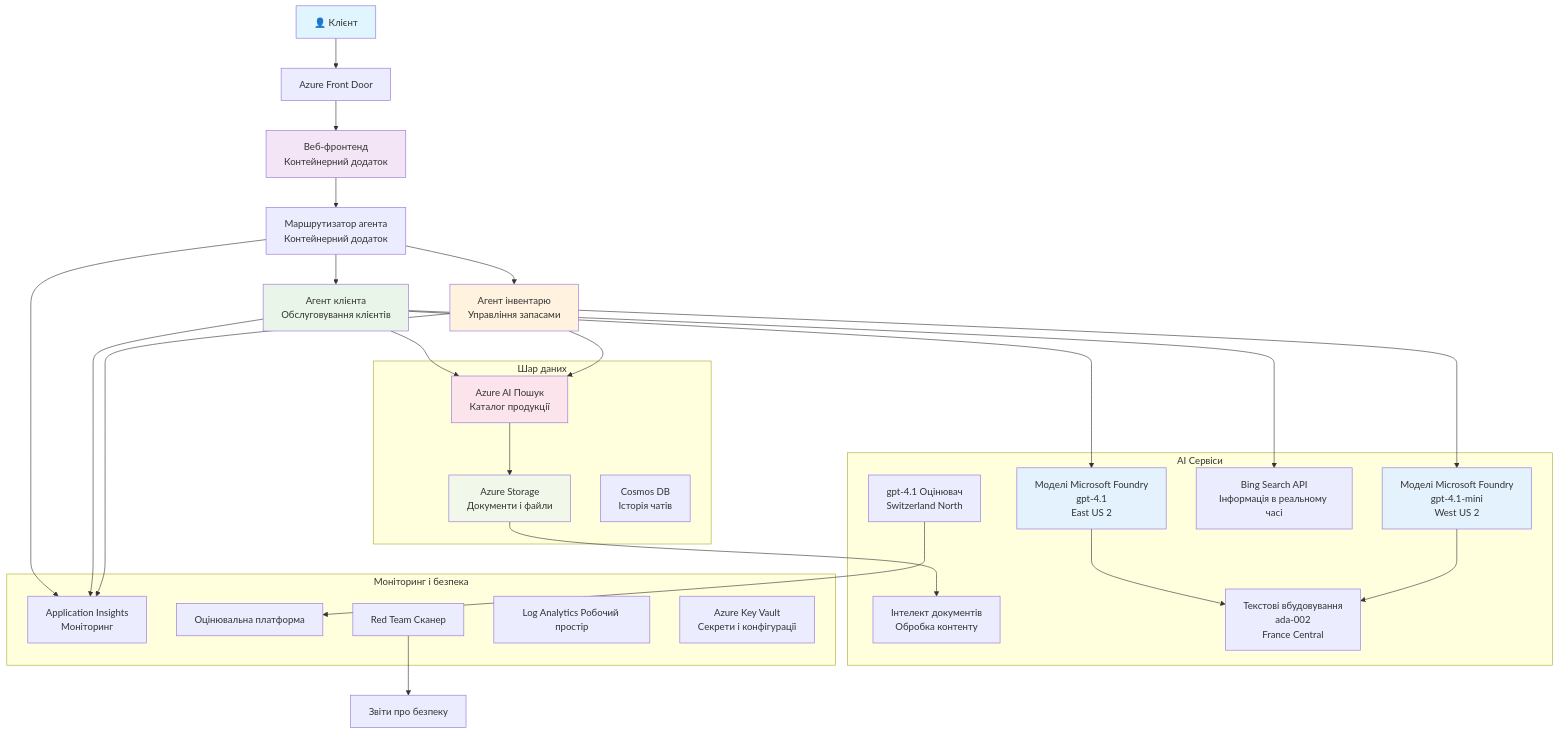
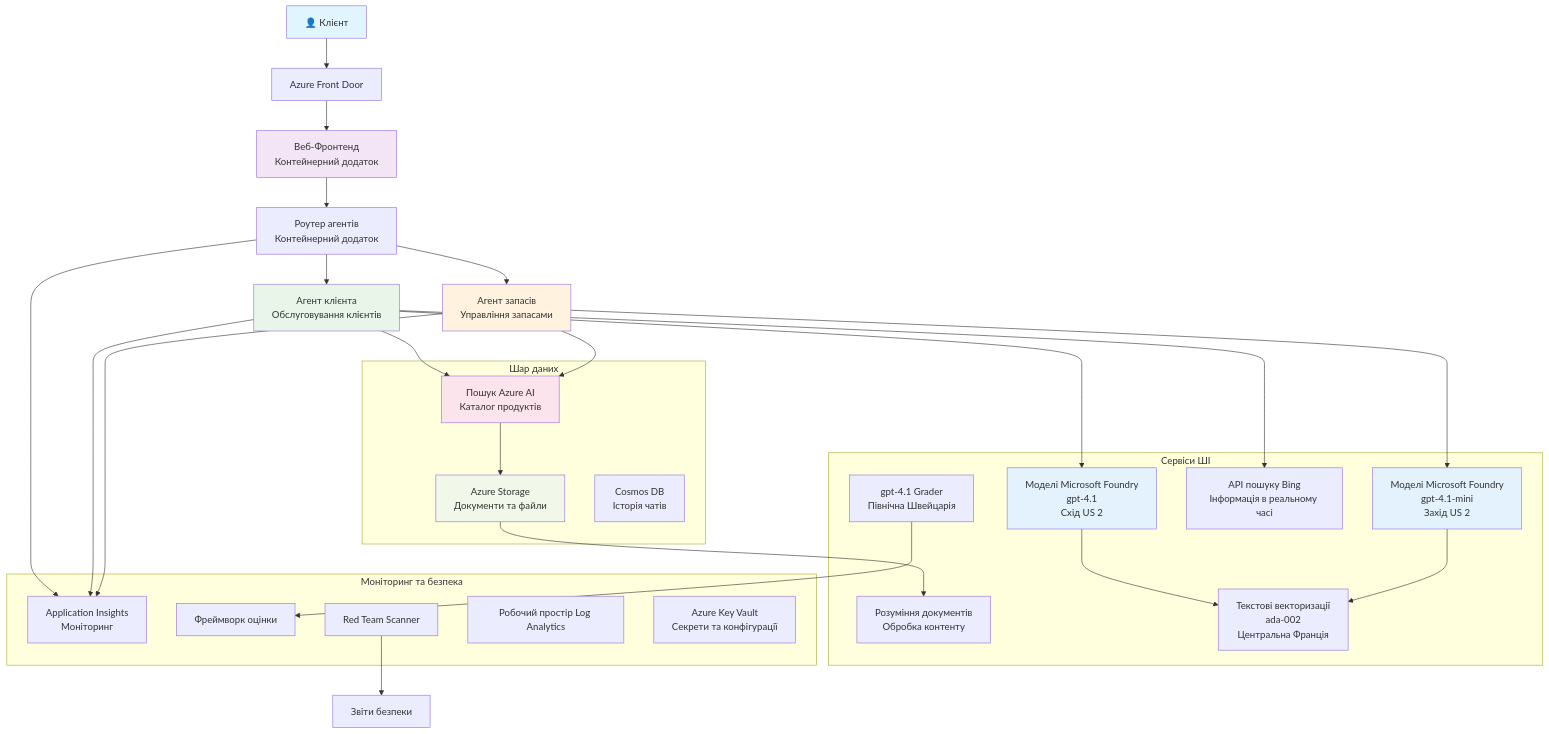
The diagram in translations/uk/examples/retail-scenario.md (microsoft/AZD-for-beginners), drawn with Mermaid before and after one commit. The commit also changed other lines of this file and 104 other files, not shown here.

````diff
--- a/translations/uk/examples/retail-scenario.md
+++ b/translations/uk/examples/retail-scenario.md
@@ -139,61 +139,61 @@
 ```mermaid
 graph TB
     User[👤 Клієнт] --> LB[Azure Front Door]
-    LB --> WebApp[Веб-фронтенд<br/>Контейнерний додаток]
+    LB --> WebApp[Веб-Фронтенд<br/>Контейнерний додаток]
     
-    WebApp --> Router[Маршрутизатор агента<br/>Контейнерний додаток]
+    WebApp --> Router[Роутер агентів<br/>Контейнерний додаток]
     Router --> CustomerAgent[Агент клієнта<br/>Обслуговування клієнтів]
-    Router --> InvAgent[Агент інвентарю<br/>Управління запасами]
+    Router --> InvAgent[Агент запасів<br/>Управління запасами]
     
-    CustomerAgent --> OpenAI1[Моделі Microsoft Foundry<br/>gpt-4.1<br/>East US 2]
-    InvAgent --> OpenAI2[Моделі Microsoft Foundry<br/>gpt-4.1-mini<br/>West US 2]
+    CustomerAgent --> OpenAI1[Моделі Microsoft Foundry<br/>gpt-4.1<br/>Схід US 2]
+    InvAgent --> OpenAI2[Моделі Microsoft Foundry<br/>gpt-4.1-mini<br/>Захід US 2]
     
-    CustomerAgent --> AISearch[Azure AI Пошук<br/>Каталог продукції]
-    CustomerAgent --> BingSearch[Bing Search API<br/>Інформація в реальному часі]
+    CustomerAgent --> AISearch[Пошук Azure AI<br/>Каталог продуктів]
+    CustomerAgent --> BingSearch[API пошуку Bing<br/>Інформація в реальному часі]
     InvAgent --> AISearch
     
-    AISearch --> Storage[Azure Storage<br/>Документи і файли]
-    Storage --> DocIntel[Інтелект документів<br/>Обробка контенту]
+    AISearch --> Storage[Azure Storage<br/>Документи та файли]
+    Storage --> DocIntel[Розуміння документів<br/>Обробка контенту]
     
-    OpenAI1 --> Embeddings[Текстові вбудовування<br/>ada-002<br/>France Central]
+    OpenAI1 --> Embeddings[Текстові векторизації<br/>ada-002<br/>Центральна Франція]
     OpenAI2 --> Embeddings
     
     Router --> AppInsights[Application Insights<br/>Моніторинг]
     CustomerAgent --> AppInsights
     InvAgent --> AppInsights
     
-    GraderModel[gpt-4.1 Оцінювач<br/>Switzerland North] --> Evaluation[Оцінювальна платформа]
-    RedTeam[Red Team Сканер] --> SecurityReports[Звіти про безпеку]
+    GraderModel[gpt-4.1 Grader<br/>Північна Швейцарія] --> Evaluation[Фреймворк оцінки]
+    RedTeam[Red Team Scanner] --> SecurityReports[Звіти безпеки]
     
     subgraph "Шар даних"
         Storage
         AISearch
         CosmosDB[Cosmos DB<br/>Історія чатів]
     end
     
-    subgraph "AI Сервіси"
+    subgraph "Сервіси ШІ"
         OpenAI1
         OpenAI2
         Embeddings
         GraderModel
         DocIntel
         BingSearch
     end
     
-    subgraph "Моніторинг і безпека"
+    subgraph "Моніторинг та безпека"
         AppInsights
-        LogAnalytics[Log Analytics Робочий простір]
-        KeyVault[Azure Key Vault<br/>Секрети і конфігурації]
+        LogAnalytics[Робочий простір Log Analytics]
+        KeyVault[Azure Key Vault<br/>Секрети та конфігурації]
         RedTeam
         Evaluation
     end
     
     style User fill:#e1f5fe
     style WebApp fill:#f3e5f5
     style CustomerAgent fill:#e8f5e8
     style InvAgent fill:#fff3e0
     style OpenAI1 fill:#e3f2fd
     style OpenAI2 fill:#e3f2fd
     style AISearch fill:#fce4ec
     style Storage fill:#f1f8e9
-```  
+```
````
